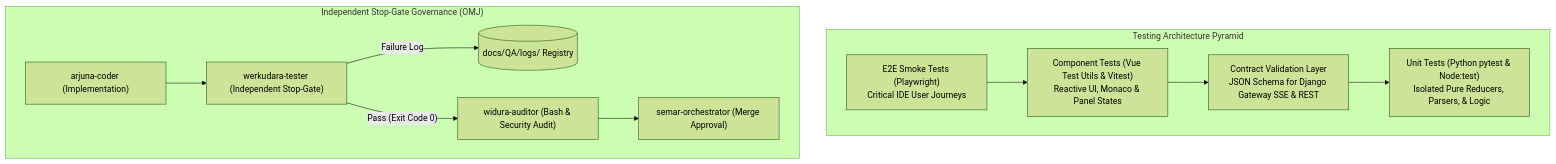
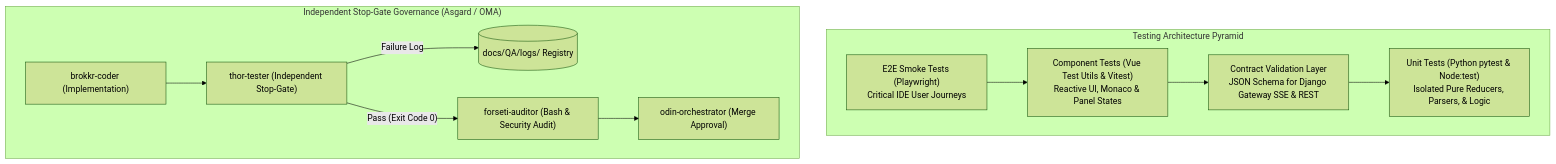
Before and after one commit to aditlab-code/aegiscode: the fourth of 4 diagrams in docs/architecture.md, drawn with Mermaid (forest theme). The commit also changed 13 other files, not shown here.

````diff
--- a/docs/architecture.md
+++ b/docs/architecture.md
@@ -181,19 +181,19 @@
 ```mermaid
 graph TD
     subgraph TestPyramid ["Testing Architecture Pyramid"]
         E2E["E2E Smoke Tests (Playwright)<br/>Critical IDE User Journeys"]
         Comp["Component Tests (Vue Test Utils & Vitest)<br/>Reactive UI, Monaco & Panel States"]
         Contract["Contract Validation Layer<br/>JSON Schema for Django Gateway SSE & REST"]
         Unit["Unit Tests (Python pytest & Node:test)<br/>Isolated Pure Reducers, Parsers, & Logic"]
         E2E --> Comp
         Comp --> Contract
         Contract --> Unit
     end
 
-    subgraph Governance ["Independent Stop-Gate Governance (OMJ)"]
-        Arjuna["arjuna-coder (Implementation)"] --> Werkudara["werkudara-tester (Independent Stop-Gate)"]
-        Werkudara -->|"Failure Log"| QALog[("docs/QA/logs/ Registry")]
-        Werkudara -->|"Pass (Exit Code 0)"| Widura["widura-auditor (Bash & Security Audit)"]
-        Widura --> Semar["semar-orchestrator (Merge Approval)"]
+    subgraph Governance ["Independent Stop-Gate Governance (Asgard / OMA)"]
+        Brokkr["brokkr-coder (Implementation)"] --> Thor["thor-tester (Independent Stop-Gate)"]
+        Thor -->|"Failure Log"| QALog[("docs/QA/logs/ Registry")]
+        Thor -->|"Pass (Exit Code 0)"| Forseti["forseti-auditor (Bash & Security Audit)"]
+        Forseti --> Odin["odin-orchestrator (Merge Approval)"]
     end
 ```
````
